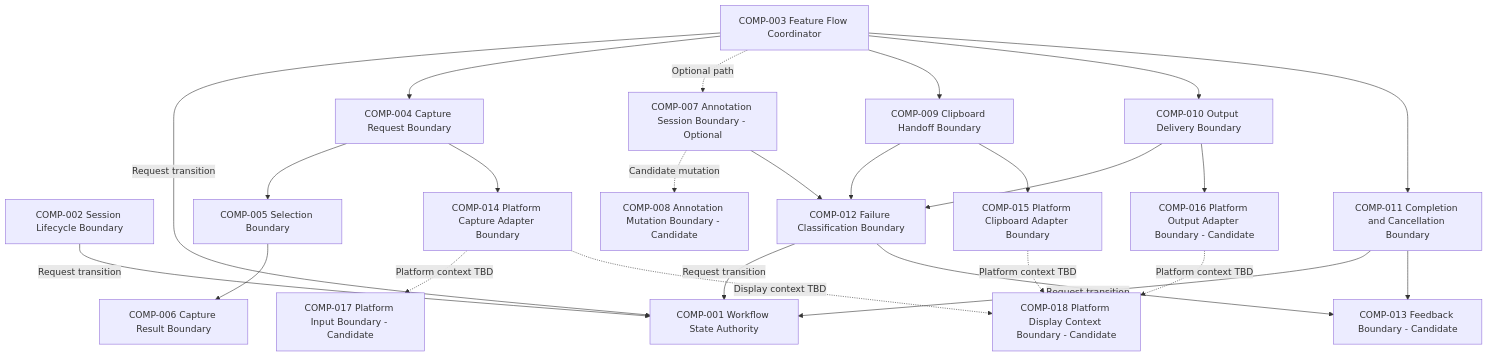
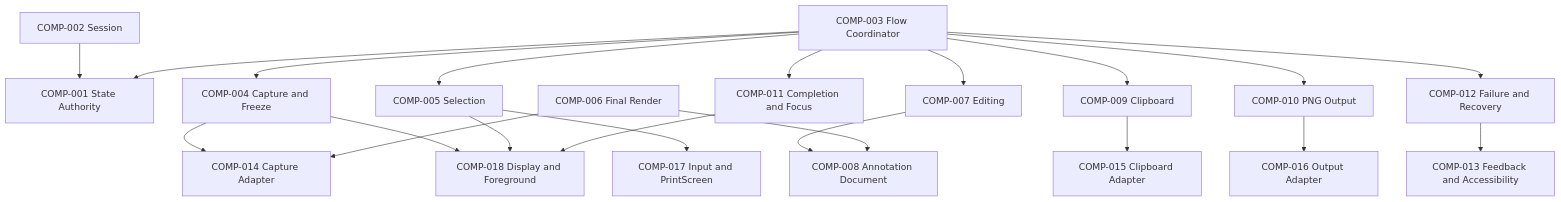
One commit to gn02033417/SnipPlus changed the diagram in Architecture/ARCH-0004-component-boundaries.md. Above: the diagram before and after it, drawn with Mermaid. The commit also changed other lines of this file, not shown here.

Commit message:
docs: align component boundaries with v1 session and editing model

````diff
--- a/Architecture/ARCH-0004-component-boundaries.md
+++ b/Architecture/ARCH-0004-component-boundaries.md
@@ -547,52 +167,42 @@
-~~~mermaid
+```mermaid
 flowchart TB
-    C1["COMP-001 Workflow State Authority"]
-    C2["COMP-002 Session Lifecycle Boundary"]
-    C3["COMP-003 Feature Flow Coordinator"]
+    C1[COMP-001 State Authority]
+    C2[COMP-002 Session]
+    C3[COMP-003 Flow Coordinator]
+    C4[COMP-004 Capture and Freeze]
+    C5[COMP-005 Selection]
+    C6[COMP-006 Final Render]
+    C7[COMP-007 Editing]
+    C8[COMP-008 Annotation Document]
+    C9[COMP-009 Clipboard]
+    C10[COMP-010 PNG Output]
+    C11[COMP-011 Completion and Focus]
+    C12[COMP-012 Failure and Recovery]
+    C13[COMP-013 Feedback and Accessibility]
+    C14[COMP-014 Capture Adapter]
+    C15[COMP-015 Clipboard Adapter]
+    C16[COMP-016 Output Adapter]
+    C17[COMP-017 Input and PrintScreen]
+    C18[COMP-018 Display and Foreground]
 
-    C4["COMP-004 Capture Request Boundary"]
-    C5["COMP-005 Selection Boundary"]
-    C6["COMP-006 Capture Result Boundary"]
-
-    C7["COMP-007 Annotation Session Boundary - Optional"]
-    C8["COMP-008 Annotation Mutation Boundary - Candidate"]
-    C9["COMP-009 Clipboard Handoff Boundary"]
-    C10["COMP-010 Output Delivery Boundary"]
-    C11["COMP-011 Completion and Cancellation Boundary"]
-    C12["COMP-012 Failure Classification Boundary"]
-    C13["COMP-013 Feedback Boundary - Candidate"]
-
-    C14["COMP-014 Platform Capture Adapter Boundary"]
-    C15["COMP-015 Platform Clipboard Adapter Boundary"]
-    C16["COMP-016 Platform Output Adapter Boundary - Candidate"]
-    C17["COMP-017 Platform Input Boundary - Candidate"]
-    C18["COMP-018 Platform Display Context Boundary - Candidate"]
-
-    C2 -->|Request transition| C1
-    C3 -->|Request transition| C1
-    C11 -->|Request transition| C1
-    C12 -->|Request transition| C1
-
+    C2 --> C1
+    C3 --> C1
     C3 --> C4
-    C4 --> C5
-    C5 --> C6
-    C3 -.->|Optional path| C7
-    C7 -.->|Candidate mutation| C8
-
+    C3 --> C5
+    C3 --> C7
     C3 --> C9
     C3 --> C10
     C3 --> C11
-    C9 --> C12
-    C10 --> C12
-    C7 --> C12
-    C11 --> C13
-    C12 --> C13
-
+    C3 --> C12
     C4 --> C14
+    C4 --> C18
+    C5 --> C17
+    C5 --> C18
+    C7 --> C8
+    C6 --> C8
+    C6 --> C14
     C9 --> C15
     C10 --> C16
-    C14 -.->|Platform context TBD| C17
-    C14 -.->|Display context TBD| C18
-    C15 -.->|Platform context TBD| C18
-    C16 -.->|Platform context TBD| C18
-~~~
+    C11 --> C18
+    C12 --> C13
+```
````
